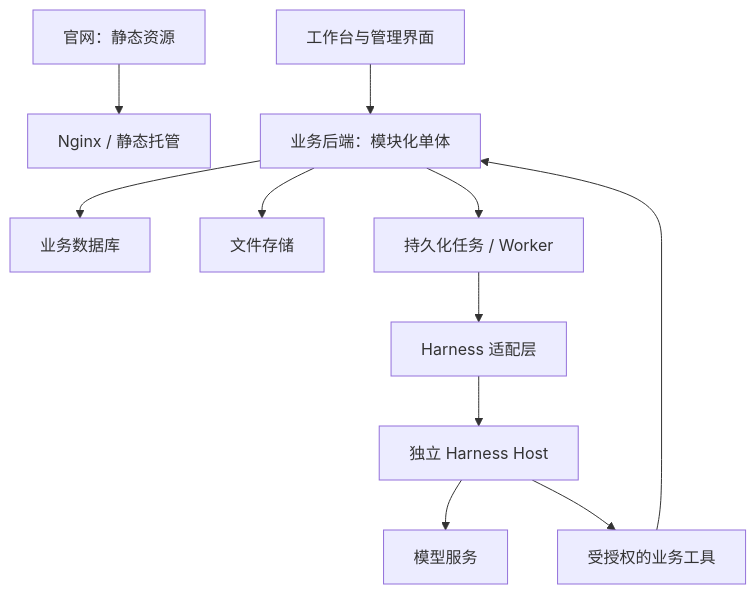
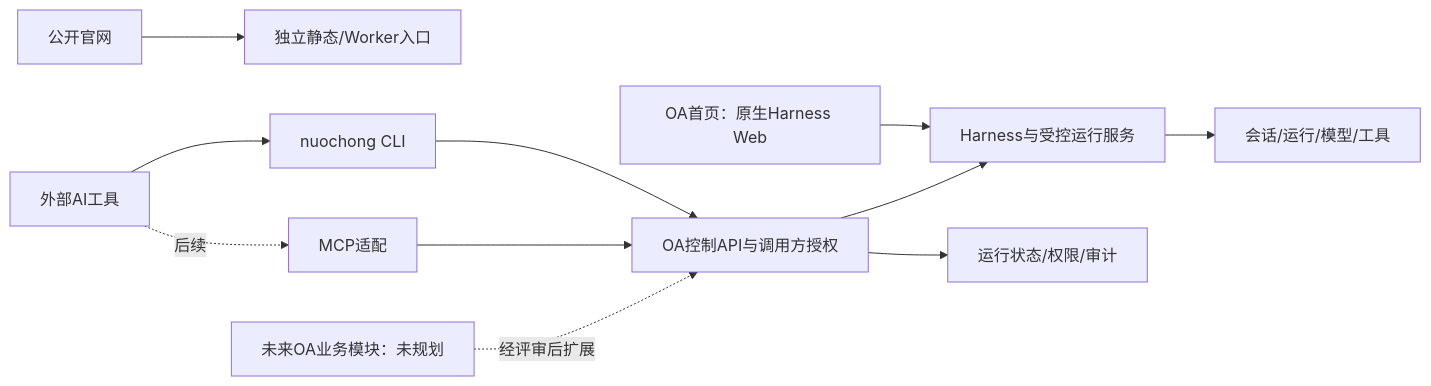
The diagram in docs/refactor/roadmap.md (insanetoto/nuochong-page), drawn with Mermaid before and after one commit. The commit also changed other lines of this file and 70 other files, not shown here.

Commit message:
feat(oa): use native Harness home and reset OA foundation roadmap

````diff
--- a/docs/refactor/roadmap.md
+++ b/docs/refactor/roadmap.md
@@ -13,13 +21,13 @@
 ```mermaid
-flowchart TB
-  Web[官网：静态资源] --> Static[Nginx / 静态托管]
-  UI[工作台与管理界面] --> API[业务后端：模块化单体]
-  API --> DB[业务数据库]
-  API --> Files[文件存储]
-  API --> Jobs[持久化任务 / Worker]
-  Jobs --> Adapter[Harness 适配层]
-  Adapter --> Host[独立 Harness Host]
-  Host --> Models[模型服务]
-  Host --> Tools[受授权的业务工具]
-  Tools --> API
+flowchart LR
+ Public[公开官网] --> Static[独立静态/Worker入口]
+ OA[OA首页：原生Harness Web] --> Core[Harness与受控运行服务]
+ CLI[nuochong CLI] --> API[OA控制API与调用方授权]
+ AI[外部AI工具] --> CLI
+ AI -. 后续 .-> MCP[MCP适配]
+ MCP --> API
+ API --> Core
+ Core --> Sessions[会话/运行/模型/工具]
+ API --> State[运行状态/权限/审计]
+ Future[未来OA业务模块：未规划] -. 经评审后扩展 .-> API
 ```
````
